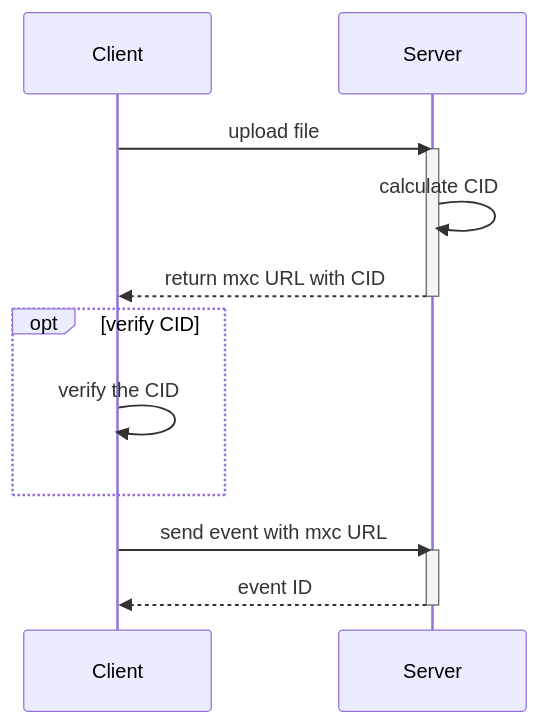
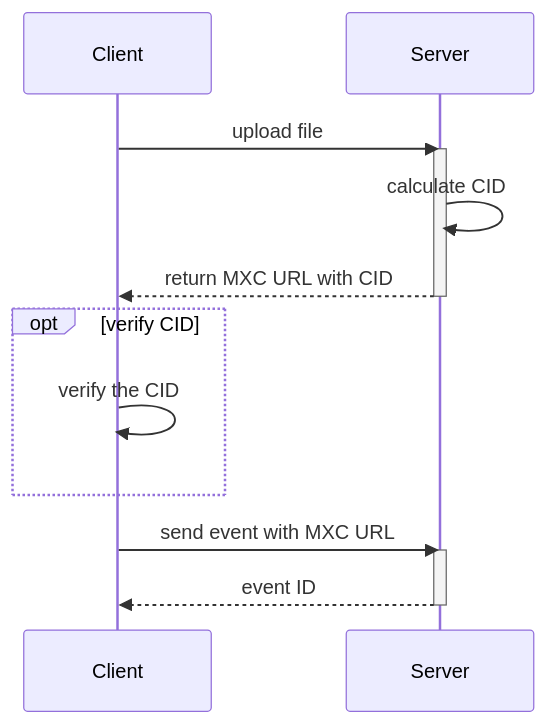
One commit to anoadragon453/matrix-doc changed the third of 4 diagrams in proposals/xxxx-decentralising-media-through-cids.md. Above: the diagram before and after it, drawn with Mermaid. The commit also changed other lines of this file and 1 other file, not shown here.

````diff
--- a/proposals/xxxx-decentralising-media-through-cids.md
+++ b/proposals/xxxx-decentralising-media-through-cids.md
@@ -55,19 +55,19 @@
 ```mermaid
 sequenceDiagram
     participant C as Client
     participant S as Server
     C->>S: upload file
     activate S
     S->>S: calculate CID
-    S-->>C: return mxc URL with CID
+    S-->>C: return MXC URL with CID
     deactivate S
 
     opt verify CID
       C->>C: verify the CID
     end
 
-    C->>S: send event with mxc URL
+    C->>S: send event with MXC URL
     activate S
     S-->>C: event ID
     deactivate S
 ```
````
